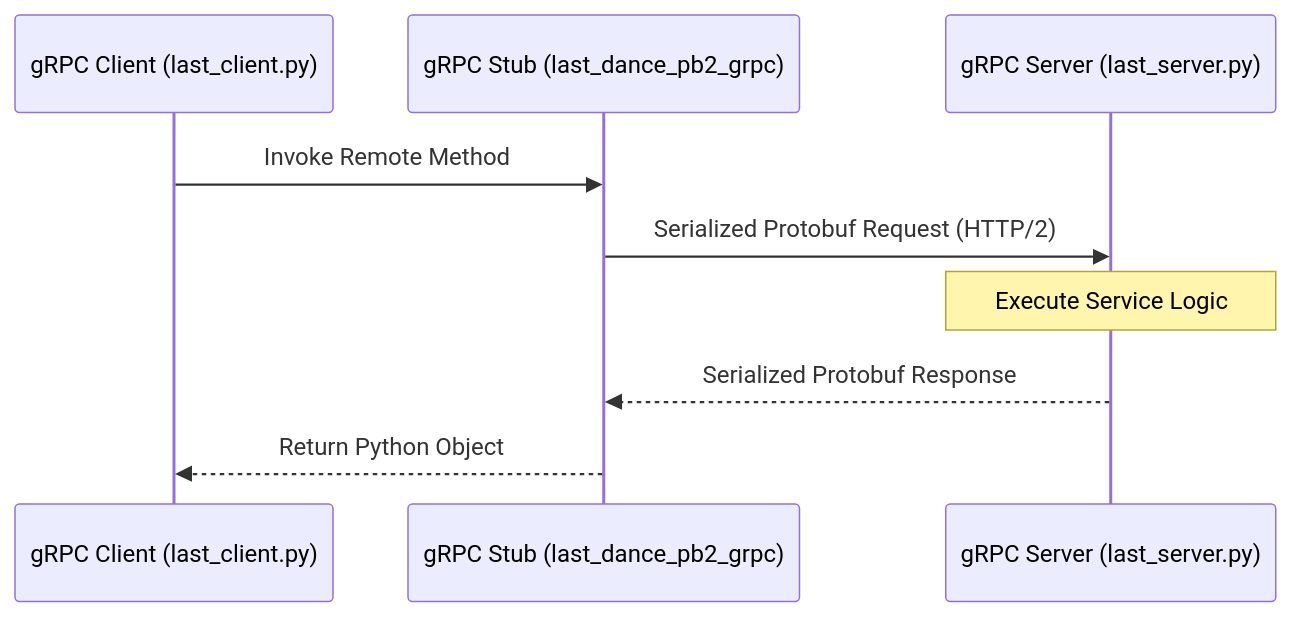
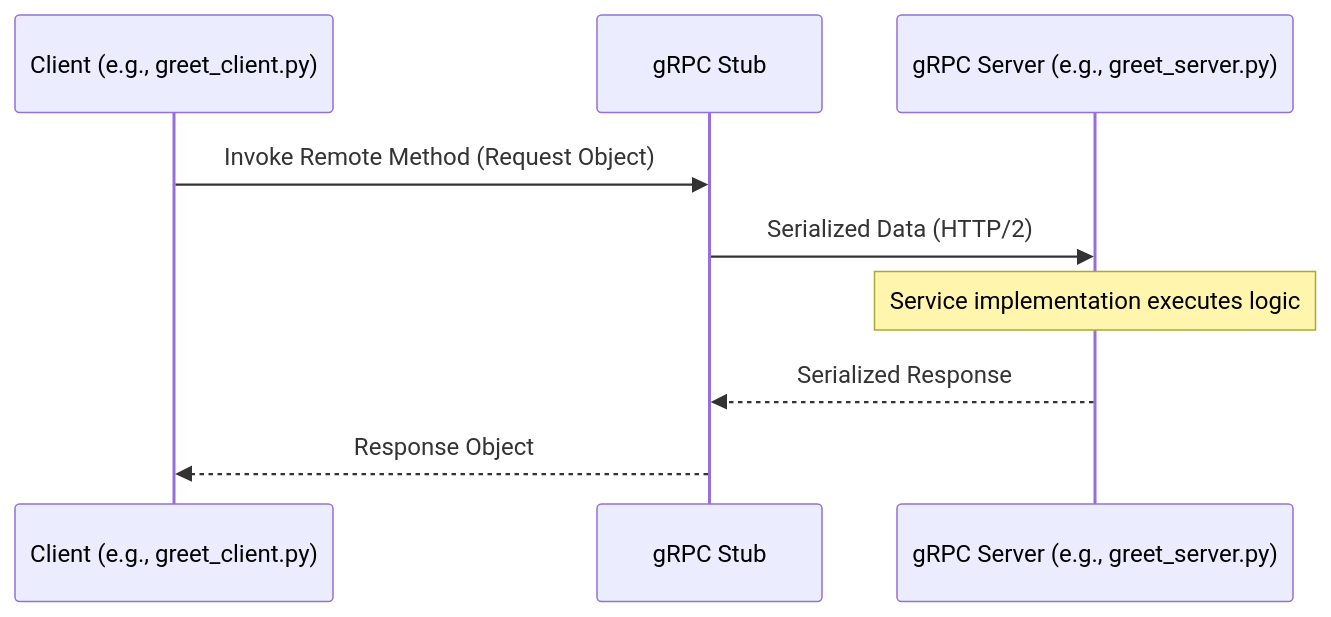
The second of 2 diagrams in README_ARCH.md (YusuffBulbul/GRPC_calisma), drawn with Mermaid before and after one commit. The commit also changed other lines of this file, not shown here.

````diff
--- a/README_ARCH.md
+++ b/README_ARCH.md
@@ -57,13 +58,13 @@
 ```mermaid
 sequenceDiagram
-    participant C as gRPC Client (last_client.py)
-    participant S as gRPC Stub (last_dance_pb2_grpc)
-    participant G as gRPC Server (last_server.py)
+    participant C as Client (e.g., greet_client.py)
+    participant S as gRPC Stub
+    participant V as gRPC Server (e.g., greet_server.py)
 
-    C->>S: Invoke Remote Method
-    S->>G: Serialized Protobuf Request (HTTP/2)
-    Note over G: Execute Service Logic
-    G-->>S: Serialized Protobuf Response
-    S-->>C: Return Python Object
+    C->>S: Invoke Remote Method (Request Object)
+    S->>V: Serialized Data (HTTP/2)
+    Note over V: Service implementation executes logic
+    V-->>S: Serialized Response
+    S-->>C: Response Object
 
 ```
````
